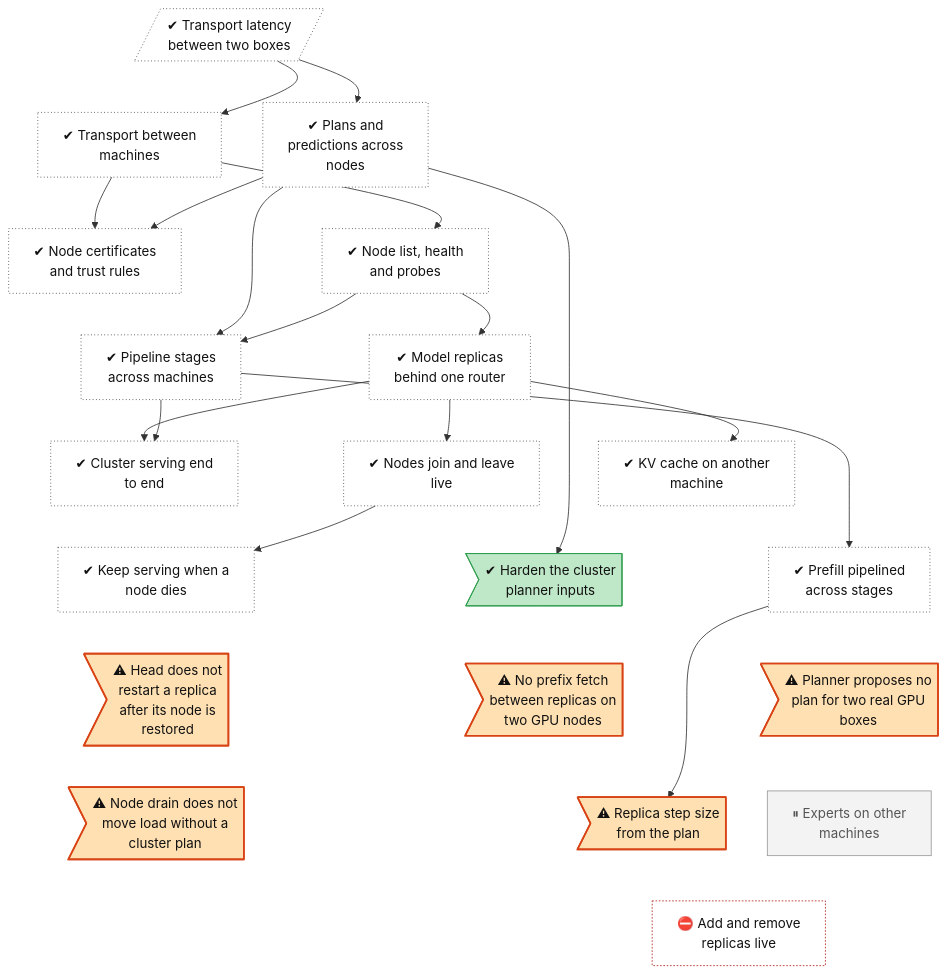
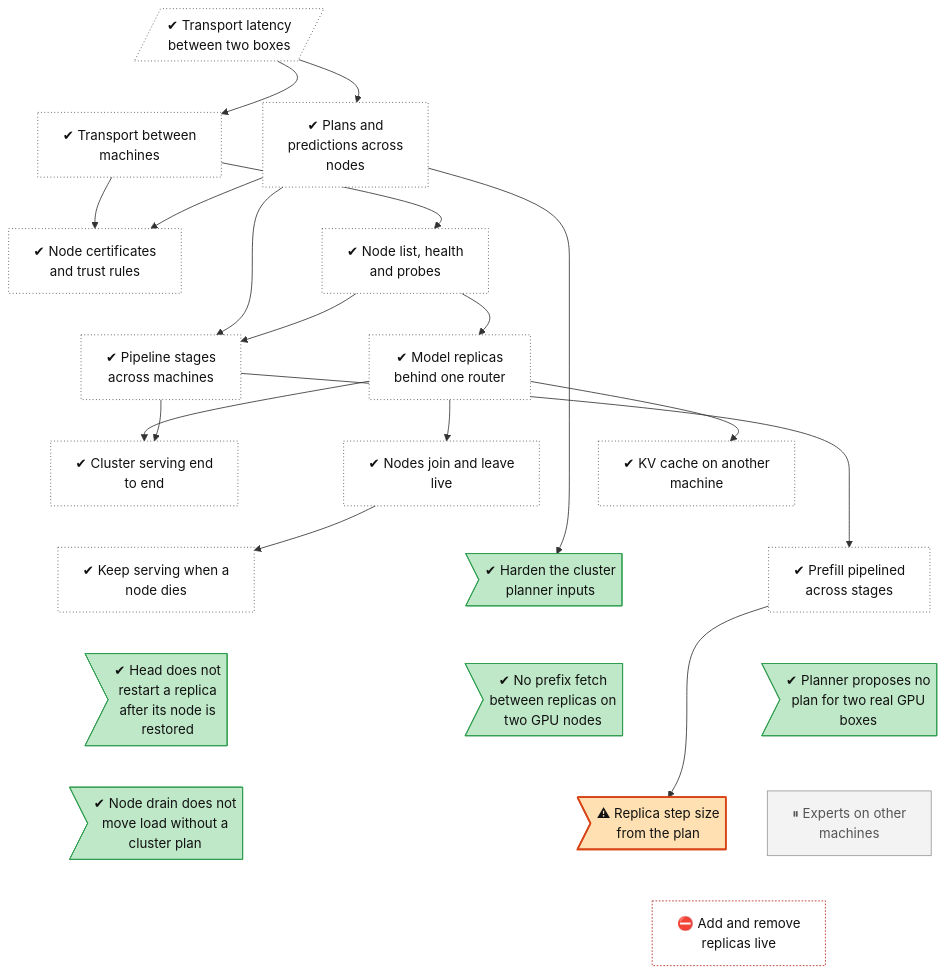
Before and after one commit to lhns/tetraeder: the diagram in docs/roadmap/tracks/cluster.md, drawn with Mermaid. The commit also changed other lines of this file and 2 other files, not shown here.

Commit message:
Phase 6 rehearsal fixes (ADR 0091); not measured: tree nodes done

````diff
--- a/docs/roadmap/tracks/cluster.md
+++ b/docs/roadmap/tracks/cluster.md
@@ -10,79 +10,79 @@
 ```mermaid
 flowchart TB
     cluster_transport_wan[/"✔ Transport latency<br/>between two boxes"/]
     cluster_transport["✔ Transport between<br/>machines"]
     cluster_planner["✔ Plans and<br/>predictions across<br/>nodes"]
     cluster_mtls["✔ Node certificates<br/>and trust rules"]
     cluster_discovery["✔ Node list, health<br/>and probes"]
     cluster_pipeline_nodes["✔ Pipeline stages<br/>across machines"]
     cluster_replicas["✔ Model replicas<br/>behind one router"]
     cluster_integration["✔ Cluster serving end<br/>to end"]
     cluster_join_leave["✔ Nodes join and leave<br/>live"]
     cluster_remote_kv["✔ KV cache on another<br/>machine"]
     cluster_failover["✔ Keep serving when a<br/>node dies"]
     cluster_planner_hardening>"✔ Harden the cluster<br/>planner inputs"]
     cluster_pipeline_prefill["✔ Prefill pipelined<br/>across stages"]
-    cluster_rejoin_after_restore>"⚠ Head does not<br/>restart a replica<br/>after its node is<br/>restored"]
-    cluster_prefix_fetch_not_triggered>"⚠ No prefix fetch<br/>between replicas on<br/>two GPU nodes"]
-    cluster_plan_source_gpu_segments>"⚠ Planner proposes no<br/>plan for two real GPU<br/>boxes"]
-    cluster_drain_without_plan>"⚠ Node drain does not<br/>move load without a<br/>cluster plan"]
+    cluster_rejoin_after_restore>"✔ Head does not<br/>restart a replica<br/>after its node is<br/>restored"]
+    cluster_prefix_fetch_not_triggered>"✔ No prefix fetch<br/>between replicas on<br/>two GPU nodes"]
+    cluster_plan_source_gpu_segments>"✔ Planner proposes no<br/>plan for two real GPU<br/>boxes"]
+    cluster_drain_without_plan>"✔ Node drain does not<br/>move load without a<br/>cluster plan"]
     cluster_step_tokens_from_plan>"⚠ Replica step size<br/>from the plan"]
     cluster_experts_nodes["⏸ Experts on other<br/>machines"]
     cluster_replica_scaling["⛔ Add and remove<br/>replicas live"]
     cluster_transport_wan ~~~ cluster_transport
     cluster_transport_wan ~~~ cluster_planner
     cluster_transport ~~~ cluster_mtls
     cluster_planner ~~~ cluster_discovery
     cluster_mtls ~~~ cluster_pipeline_nodes
     cluster_discovery ~~~ cluster_replicas
     cluster_pipeline_nodes ~~~ cluster_integration
     cluster_replicas ~~~ cluster_join_leave
     cluster_replicas ~~~ cluster_remote_kv
     cluster_integration ~~~ cluster_failover
     cluster_join_leave ~~~ cluster_planner_hardening
     cluster_remote_kv ~~~ cluster_pipeline_prefill
     cluster_failover ~~~ cluster_rejoin_after_restore
     cluster_planner_hardening ~~~ cluster_prefix_fetch_not_triggered
     cluster_pipeline_prefill ~~~ cluster_plan_source_gpu_segments
     cluster_rejoin_after_restore ~~~ cluster_drain_without_plan
     cluster_prefix_fetch_not_triggered ~~~ cluster_step_tokens_from_plan
     cluster_plan_source_gpu_segments ~~~ cluster_experts_nodes
     cluster_drain_without_plan ~~~ cluster_replica_scaling
     cluster_step_tokens_from_plan ~~~ cluster_replica_scaling
     cluster_experts_nodes ~~~ cluster_replica_scaling
     cluster_transport_wan --> cluster_transport
     cluster_transport_wan --> cluster_planner
     cluster_transport --> cluster_mtls
     cluster_planner --> cluster_mtls
     cluster_transport --> cluster_discovery
     cluster_planner --> cluster_pipeline_nodes
     cluster_discovery --> cluster_pipeline_nodes
     cluster_discovery --> cluster_replicas
     cluster_replicas --> cluster_integration
     cluster_pipeline_nodes --> cluster_integration
     cluster_replicas --> cluster_join_leave
     cluster_replicas --> cluster_remote_kv
     cluster_join_leave --> cluster_failover
     cluster_planner --> cluster_planner_hardening
     cluster_pipeline_nodes --> cluster_pipeline_prefill
     cluster_pipeline_prefill --> cluster_step_tokens_from_plan
     classDef vsucc fill:#2e9e4f,stroke:#1b6b34,color:#fff
     classDef succ fill:#bfe8c8,stroke:#2e9e4f,color:#111
     classDef mixed fill:#ffd37a,stroke:#c98a00,color:#111
     classDef bad fill:#f28b82,stroke:#b3261e,color:#111
     classDef dead fill:#e6e6e6,stroke:#777,stroke-dasharray:5 5,color:#555
     classDef inprog fill:#a8cdf5,stroke:#1f6fc5,color:#111
     classDef next fill:#fff,stroke:#333,color:#111
     classDef blocked fill:#fff,stroke:#b3261e,stroke-dasharray:2 2,color:#111
     classDef parked fill:#f3f3f3,stroke:#999,color:#555
     classDef unrated fill:#fff,stroke:#333,stroke-dasharray:1 3,color:#111
     classDef gate fill:#d9c2f0,stroke:#7b3fb5,color:#111
     classDef decided fill:#ece0f7,stroke:#7b3fb5,stroke-dasharray:2 2,color:#111
     classDef finding fill:#ffe0b2,stroke:#d84315,stroke-width:2px,color:#111
     classDef waiting fill:#e3f2fd,stroke:#1f6fc5,stroke-dasharray:5 5,color:#111
     class cluster_transport_wan,cluster_transport,cluster_planner,cluster_mtls,cluster_discovery,cluster_pipeline_nodes,cluster_replicas,cluster_integration,cluster_join_leave,cluster_remote_kv,cluster_failover,cluster_pipeline_prefill unrated
-    class cluster_planner_hardening succ
-    class cluster_rejoin_after_restore,cluster_prefix_fetch_not_triggered,cluster_plan_source_gpu_segments,cluster_drain_without_plan,cluster_step_tokens_from_plan finding
+    class cluster_planner_hardening,cluster_rejoin_after_restore,cluster_prefix_fetch_not_triggered,cluster_plan_source_gpu_segments,cluster_drain_without_plan succ
+    class cluster_step_tokens_from_plan finding
     class cluster_experts_nodes parked
     class cluster_replica_scaling blocked
 ```
````
